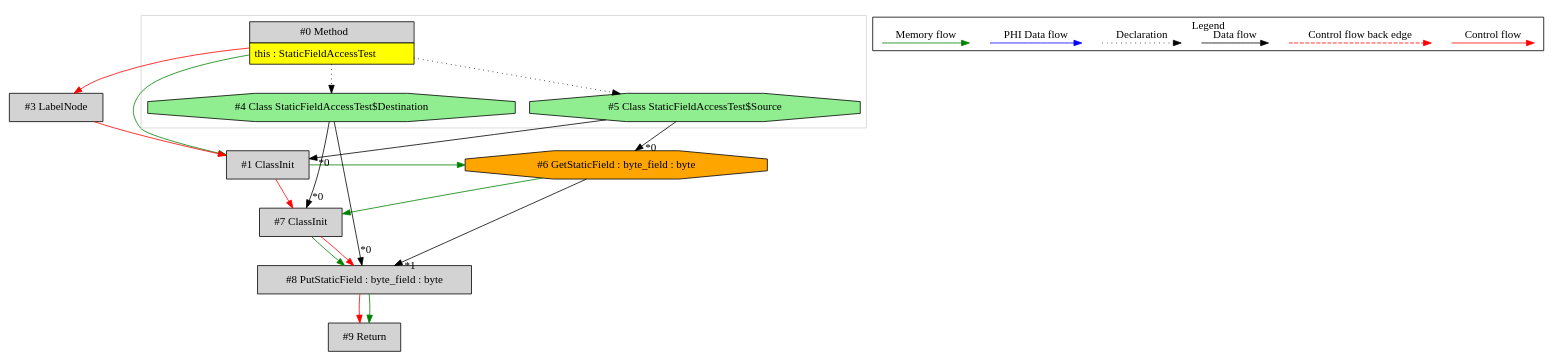
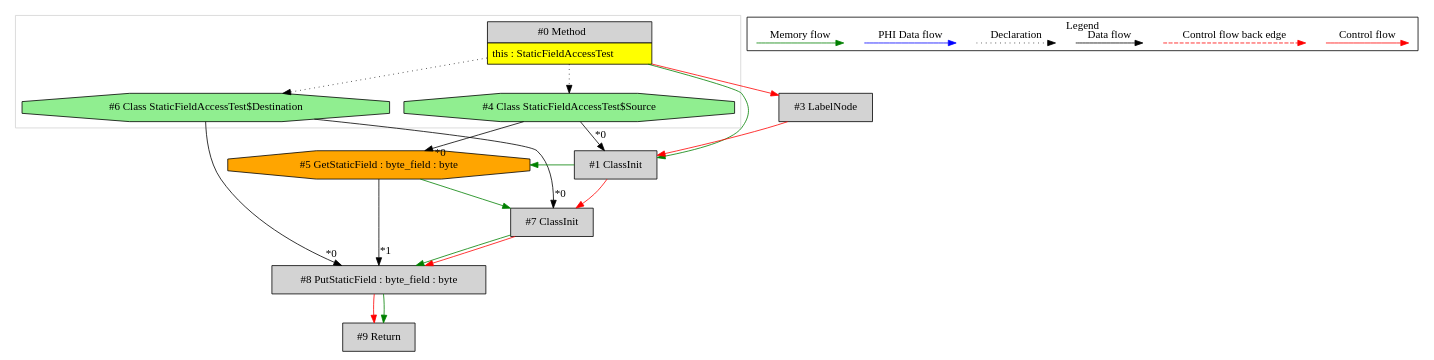
Before and after one commit to mirkosertic/MetaIR: the diagram in de.mirkosertic.metair.ir.examples.StaticFieldAccessTest/copy_byte/ir.dot, drawn with Graphviz. The commit also changed 77 other files, not shown here.

```diff
--- a/de.mirkosertic.metair.ir.examples.StaticFieldAccessTest/copy_byte/ir.dot
+++ b/de.mirkosertic.metair.ir.examples.StaticFieldAccessTest/copy_byte/ir.dot
@@ -1,60 +1,60 @@
 digraph {
  node0[margin="0", label=<<table border="0" cellborder="1" cellspacing="0" cellpadding="5"><tr><td colspan="1">#0 Method</td></tr><tr><td port="prj2" bgcolor="yellow">this : StaticFieldAccessTest</td></tr></table>>,shape=none, fillcolor=lightgrey, style=filled];
+ node6[label="#6 Class StaticFieldAccessTest$Destination",shape=octagon, fillcolor=lightgreen, style=filled];
+ node0 -> node6[style=dotted];
+ node8[label="#8 PutStaticField : byte_field : byte",shape=box, fillcolor=lightgrey, style=filled];
+ node6 -> node8[headlabel="*0", labeldistance=2];
+ node5 -> node8[headlabel="*1", labeldistance=2];
+ node7 -> node8[labeldistance=2, color=green, constraint=false];
+ node7 -> node8[labeldistance=2, color=red, fontcolor=red];
+ node7[label="#7 ClassInit",shape=box, fillcolor=lightgrey, style=filled];
+ node6 -> node7[headlabel="*0", labeldistance=2];
+ node5 -> node7[labeldistance=2, color=green, constraint=false];
+ node1 -> node7[labeldistance=2, color=red, fontcolor=red];
  node1[label="#1 ClassInit",shape=box, fillcolor=lightgrey, style=filled];
- node5 -> node1[headlabel="*0", labeldistance=2];
+ node4 -> node1[headlabel="*0", labeldistance=2];
  node0 -> node1[labeldistance=2, color=green, constraint=false];
  node3 -> node1[labeldistance=2, color=red, fontcolor=red];
  node3[label="#3 LabelNode",shape=box, fillcolor=lightgrey, style=filled];
  node0 -> node3[labeldistance=2, color=red, fontcolor=red];
- node5[label="#5 Class StaticFieldAccessTest$Source",shape=octagon, fillcolor=lightgreen, style=filled];
- node0 -> node5[style=dotted];
- node6[label="#6 GetStaticField : byte_field : byte",shape=octagon, fillcolor=orange, style=filled];
- node5 -> node6[headlabel="*0", labeldistance=2];
- node1 -> node6[labeldistance=2, color=green, constraint=false];
- node7[label="#7 ClassInit",shape=box, fillcolor=lightgrey, style=filled];
- node4 -> node7[headlabel="*0", labeldistance=2];
- node6 -> node7[labeldistance=2, color=green, constraint=false];
- node1 -> node7[labeldistance=2, color=red, fontcolor=red];
- node4[label="#4 Class StaticFieldAccessTest$Destination",shape=octagon, fillcolor=lightgreen, style=filled];
+ node4[label="#4 Class StaticFieldAccessTest$Source",shape=octagon, fillcolor=lightgreen, style=filled];
  node0 -> node4[style=dotted];
- node8[label="#8 PutStaticField : byte_field : byte",shape=box, fillcolor=lightgrey, style=filled];
- node4 -> node8[headlabel="*0", labeldistance=2];
- node6 -> node8[headlabel="*1", labeldistance=2];
- node7 -> node8[labeldistance=2, color=green, constraint=false];
- node7 -> node8[labeldistance=2, color=red, fontcolor=red];
+ node5[label="#5 GetStaticField : byte_field : byte",shape=octagon, fillcolor=orange, style=filled];
+ node4 -> node5[headlabel="*0", labeldistance=2];
+ node1 -> node5[labeldistance=2, color=green, constraint=false];
  node9[label="#9 Return",shape=box, fillcolor=lightgrey, style=filled];
  node8 -> node9[labeldistance=2, color=red, fontcolor=red];
  node8 -> node9[labeldistance=2, color=green, constraint=false];
  subgraph cluster_0 {
   color=lightgray;
   node0;
   node4;
-  node5;
+  node6;
  }
  subgraph cluster_000 {
   label = "Legend";
   node [shape=point]
   {
    rank=same;
    c0 [style = invis];
    c1 [style = invis];
    c2 [style = invis];
    c3 [style = invis];
    d0 [style = invis];
    d1 [style = invis];
    d2 [style = invis];
    d3 [style = invis];
    d4 [style = invis];
    d5 [style = invis];
    d6 [style = invis];
    d7 [style = invis];
   }
   c0 -> c1 [label="Control flow", style=solid, color=red]
   c2 -> c3 [label="Control flow back edge", style=dashed, color=red]
   d0 -> d1 [label="Data flow"]
   d2 -> d3 [label="Declaration", style=dotted]
   d4 -> d5 [label="PHI Data flow", color=blue]
   d6 -> d7 [label="Memory flow", color=green]
  }
 
 }
```
